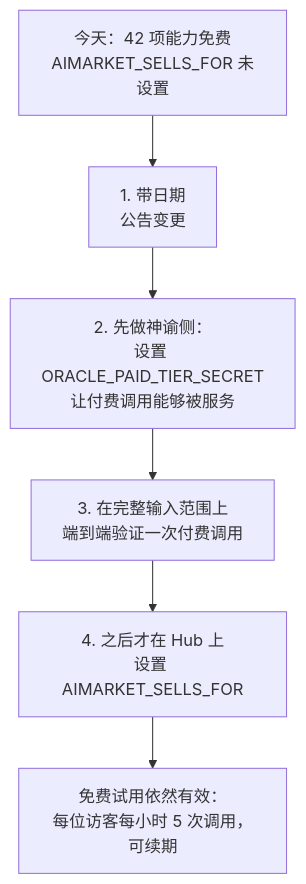
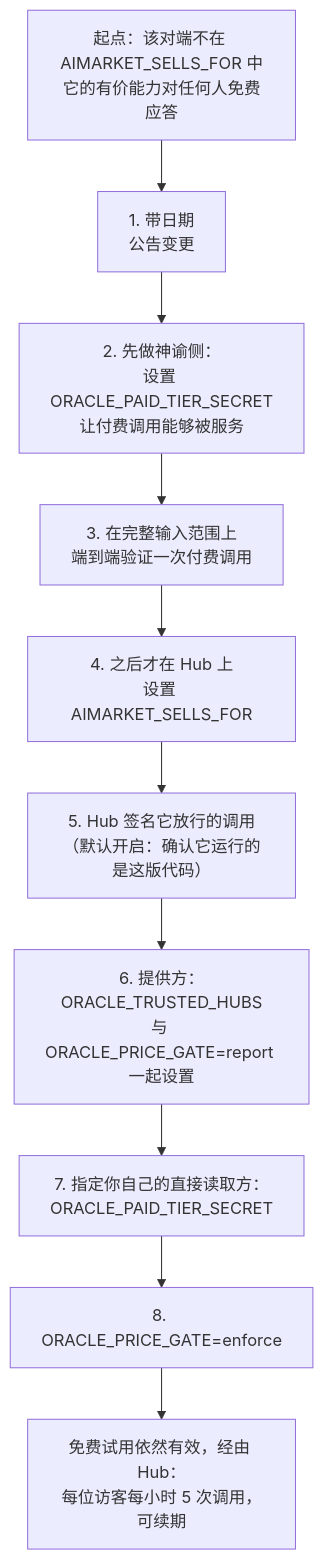
Before and after one commit to alexar76/aicom: the third of 4 diagrams in docs/free-and-paid-tiers.zh.md, drawn with Mermaid. The commit also changed other lines of this file and 496 other files, not shown here.

````diff
--- a/docs/free-and-paid-tiers.zh.md
+++ b/docs/free-and-paid-tiers.zh.md
@@ -250,8 +320,12 @@
 ```mermaid
 flowchart TD
-    S["今天：42 项能力免费<br/>AIMARKET_SELLS_FOR 未设置"] --> A["1. 带日期<br/>公告变更"]
+    S["起点：该对端不在 AIMARKET_SELLS_FOR 中<br/>它的有价能力对任何人免费应答"] --> A["1. 带日期<br/>公告变更"]
     A --> B["2. 先做神谕侧：<br/>设置 ORACLE_PAID_TIER_SECRET<br/>让付费调用能够被服务"]
     B --> C["3. 在完整输入范围上<br/>端到端验证一次付费调用"]
     C --> D["4. 之后才在 Hub 上<br/>设置 AIMARKET_SELLS_FOR"]
-    D --> E["免费试用依然有效：<br/>每位访客每小时 5 次调用，可续期"]
+    D --> H["5. Hub 签名它放行的调用<br/>（默认开启：确认它运行的是这版代码）"]
+    H --> R["6. 提供方：ORACLE_TRUSTED_HUBS<br/>与 ORACLE_PRICE_GATE=report 一起设置"]
+    R --> N["7. 指定你自己的直接读取方：<br/>ORACLE_PAID_TIER_SECRET"]
+    N --> X["8. ORACLE_PRICE_GATE=enforce"]
+    X --> E["免费试用依然有效，经由 Hub：<br/>每位访客每小时 5 次调用，可续期"]
 ```
````
